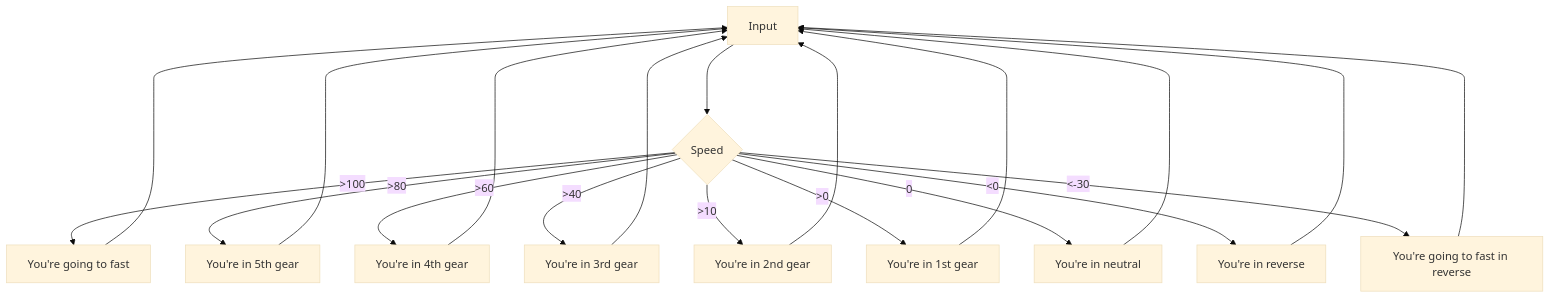
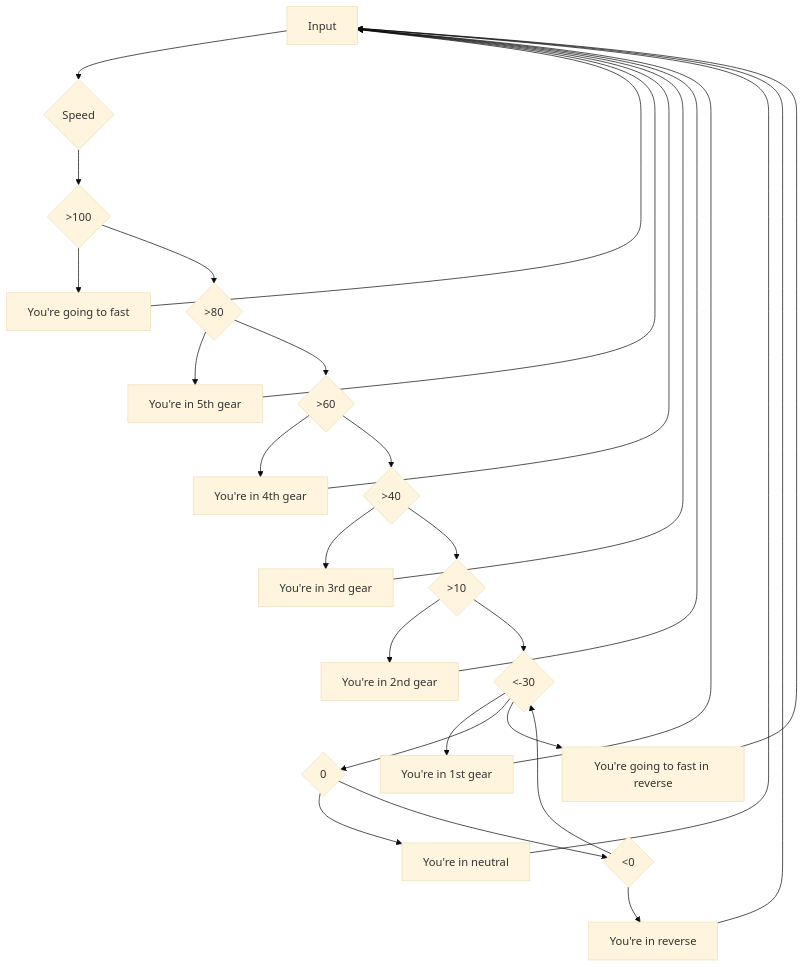
One commit to RockFreakRickerd/SameCodeDifferentLanguagues changed the diagram in Gearbox/README.md. Above: the diagram before and after it, drawn with Mermaid (base theme).

````diff
--- a/Gearbox/README.md
+++ b/Gearbox/README.md
@@ -9,22 +9,13 @@
 ```mermaid
 flowchart TD
     A[Input] --> B{Speed};
-    B -- >100 --> C[You're going to fast];
-    B -- >80 --> D[You're in 5th gear];
-    B -- >60 --> E[You're in 4th gear];
-    B -- >40 --> F[You're in 3rd gear];
-    B -- >10 --> G[You're in 2nd gear];
-    B -- >0  --> H[You're in 1st gear];
-    B -- 0   --> I[You're in neutral];
-    B -- <0  --> J[You're in reverse];
-    B -- <-30 --> K[You're going to fast in reverse];
-    C ----> A[Input]
-    D ----> A[Input]
-    E ----> A[Input]
-    F ----> A[Input]
-    G ----> A[Input]
-    H ----> A[Input]
-    I ----> A[Input]
-    J ----> A[Input]
-    K ----> A[Input]
+    B --> C{>100} --> K[You're going to fast] ----> A[Input];
+    C --> D{>80} --> L[You're in 5th gear] ---> A[Input];
+    D --> E{>60} --> M[You're in 4th gear] ----> A[Input];
+    E --> F{>40} --> N[You're in 3rd gear] ----> A[Input];
+    F --> G{>10} --> O[You're in 2nd gear] ----> A[Input];
+    G --> H{>0}  --> P[You're in 1st gear] ----> A[Input];
+    H --> I{0}   --> Q[You're in neutral] ----> A[Input];
+    I --> J{<0}  --> R[You're in reverse] ----> A[Input];
+    J --> H{<-30} --> S[You're going to fast in reverse] ----> A[Input];
 ```
````
